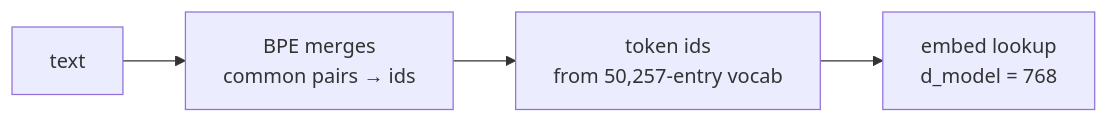
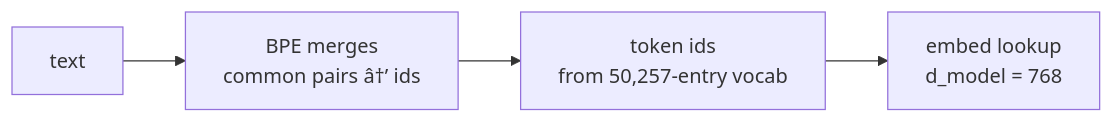
The second of 11 diagrams in docs/algorithms.md (Mostakim2005/gpt-moe-3d-explainer), drawn with Mermaid before and after one commit. The commit also changed other lines of this file and 5 other files, not shown here.

````diff
--- a/docs/algorithms.md
+++ b/docs/algorithms.md
@@ -33,6 +35,6 @@
 ```mermaid
 flowchart LR
-    IN[text] --> BPE[BPE merges\ncommon pairs → ids]
+    IN[text] --> BPE[BPE merges\ncommon pairs â†’ ids]
     BPE --> IDS[token ids\nfrom 50,257-entry vocab]
     IDS --> EMB[embed lookup\nd_model = 768]
 ```
````
